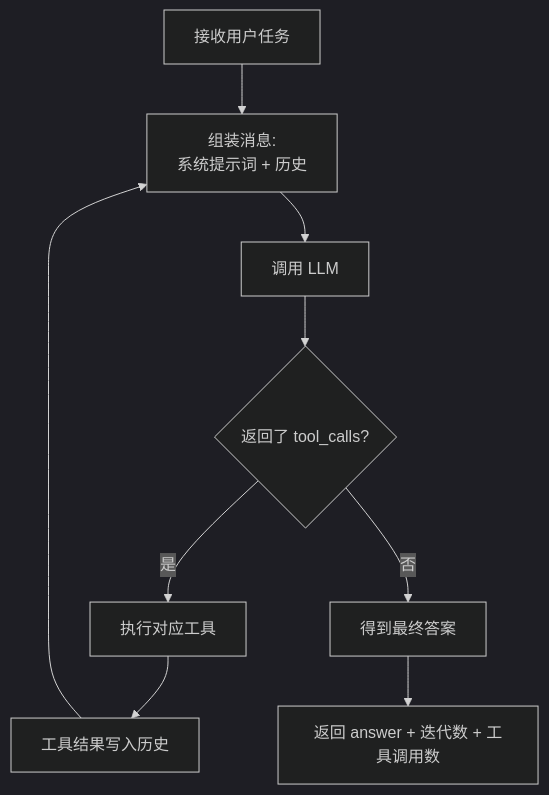
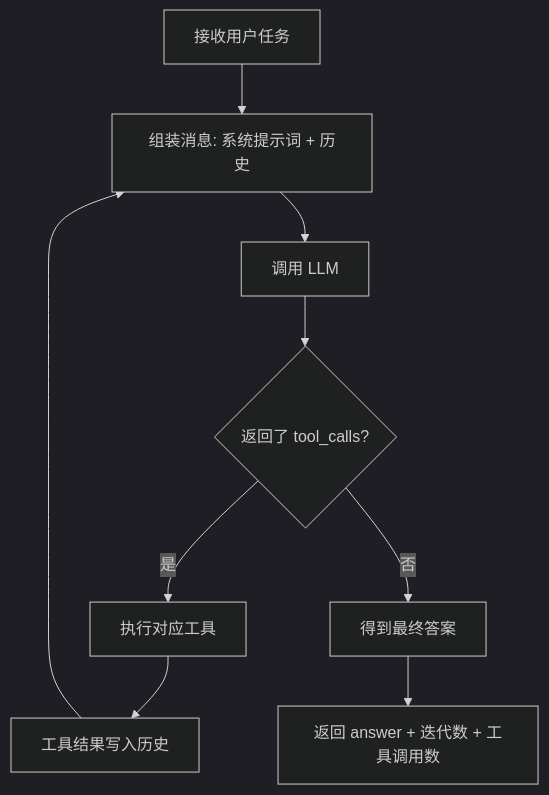
One commit to AzureWynn/ai-agent-book-typescript changed the first of 4 diagrams in chapter1/context/README.md. Above: the diagram before and after it, drawn with Mermaid (dark theme). The commit also changed other lines of this file and 1 other file, not shown here.

First line of the commit message:
docs: 修复所有 README 的 Mermaid 图语法兼容性

````diff
--- a/chapter1/context/README.md
+++ b/chapter1/context/README.md
@@ -100,11 +100,11 @@
 ```mermaid
 flowchart TD
-    A[接收用户任务] --> B[组装消息:<br/>系统提示词 + 历史]
+    A[接收用户任务] --> B["组装消息: 系统提示词 + 历史"]
     B --> C[调用 LLM]
-    C --> D{返回了 tool_calls?}
-    D -- 是 --> E[执行对应工具]
+    C --> D{"返回了 tool_calls?"}
+    D -->|是| E[执行对应工具]
     E --> F[工具结果写入历史]
     F --> B
-    D -- 否 --> G[得到最终答案]
-    G --> H[返回 answer + 迭代数 + 工具调用数]
+    D -->|否| G[得到最终答案]
+    G --> H["返回 answer + 迭代数 + 工具调用数"]
 ```
````
